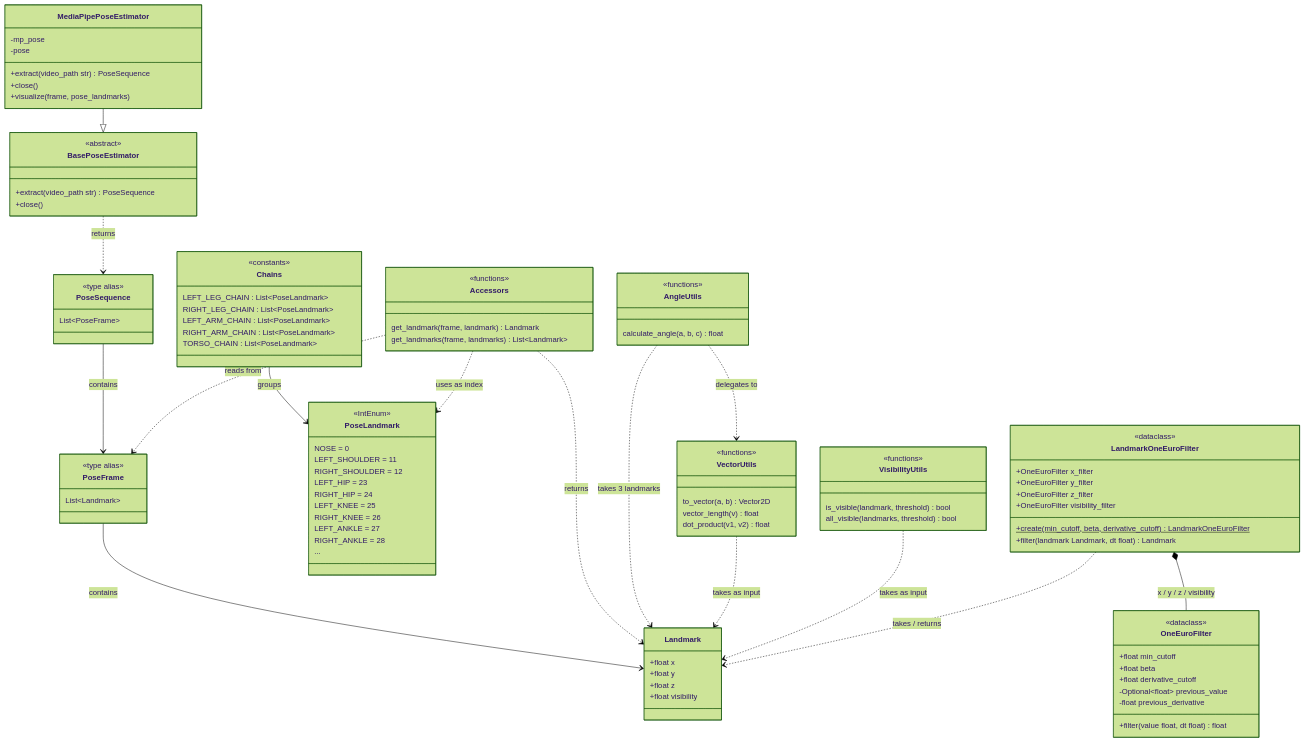
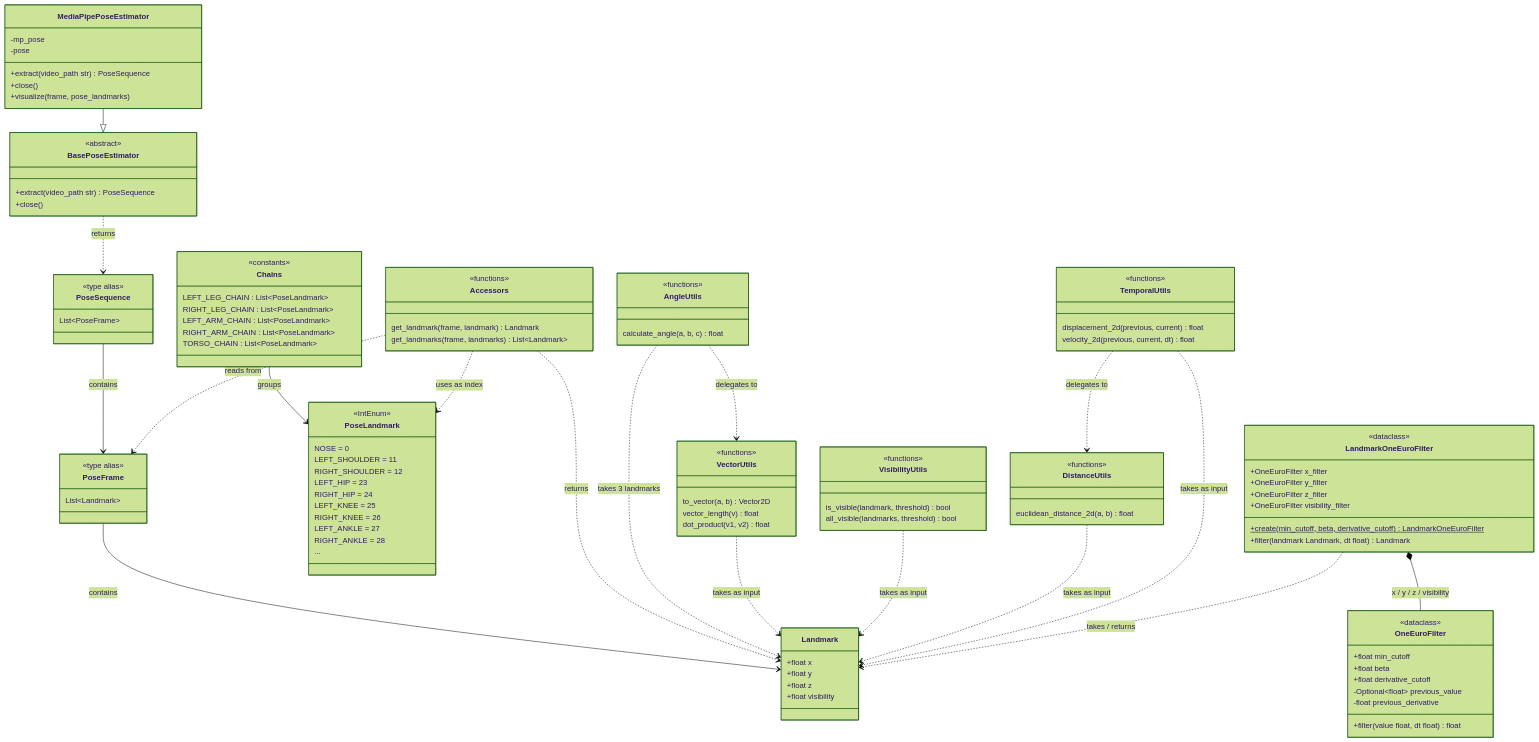
The first of 2 diagrams in docs/architecture/class-diagram.md (okregent/Injura), drawn with Mermaid (forest theme) before and after one commit. The commit also changed other lines of this file, not shown here.

First line of the commit message:
docs: update class diagram with E3 planned classes and new E2 modules

```diff
--- a/docs/architecture/class-diagram.md
+++ b/docs/architecture/class-diagram.md
@@ -120,6 +122,17 @@
         all_visible(landmarks, threshold) bool
     }
 
+    class DistanceUtils {
+        <<functions>>
+        euclidean_distance_2d(a, b) float
+    }
+
+    class TemporalUtils {
+        <<functions>>
+        displacement_2d(previous, current) float
+        velocity_2d(previous, current, dt) float
+    }
+
     class OneEuroFilter {
         <<dataclass>>
         +float min_cutoff
@@ -144,6 +157,9 @@
     AngleUtils ..> Landmark : takes 3 landmarks
     VectorUtils ..> Landmark : takes as input
     VisibilityUtils ..> Landmark : takes as input
+    DistanceUtils ..> Landmark : takes as input
+    TemporalUtils ..> DistanceUtils : delegates to
+    TemporalUtils ..> Landmark : takes as input
 
     LandmarkOneEuroFilter *-- OneEuroFilter : x / y / z / visibility
     LandmarkOneEuroFilter ..> Landmark : takes / returns
```
